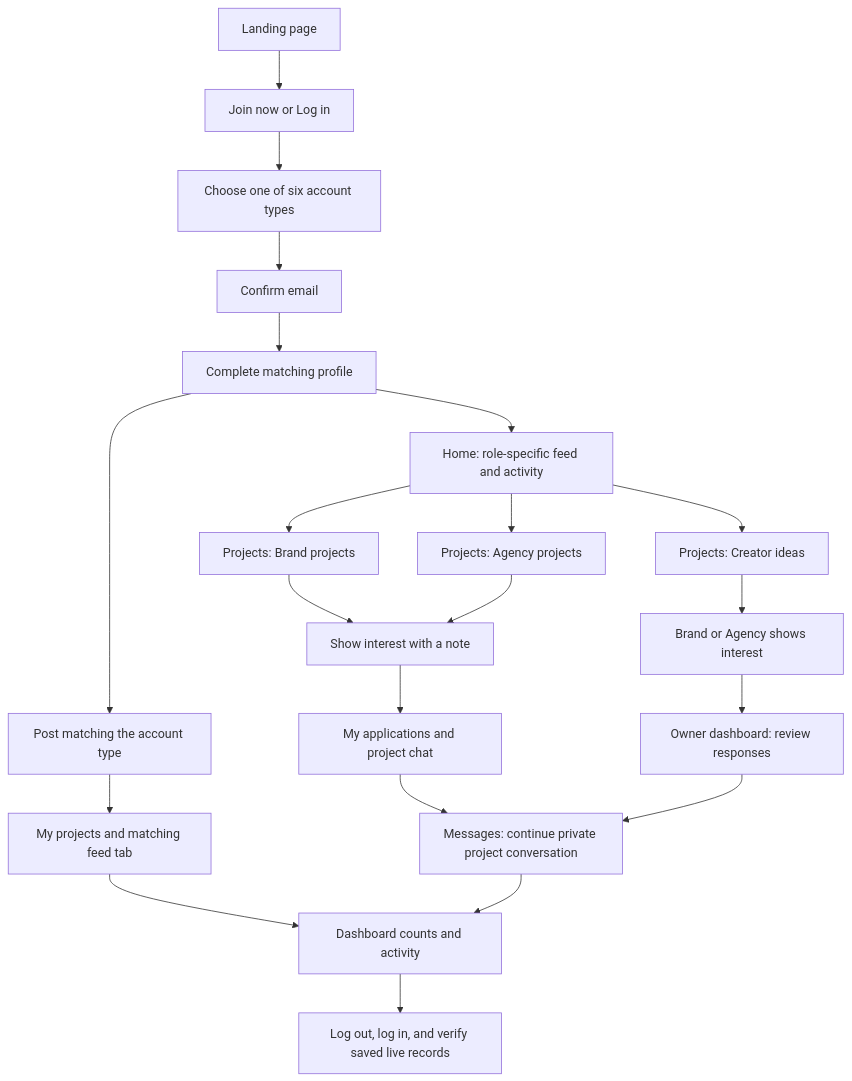
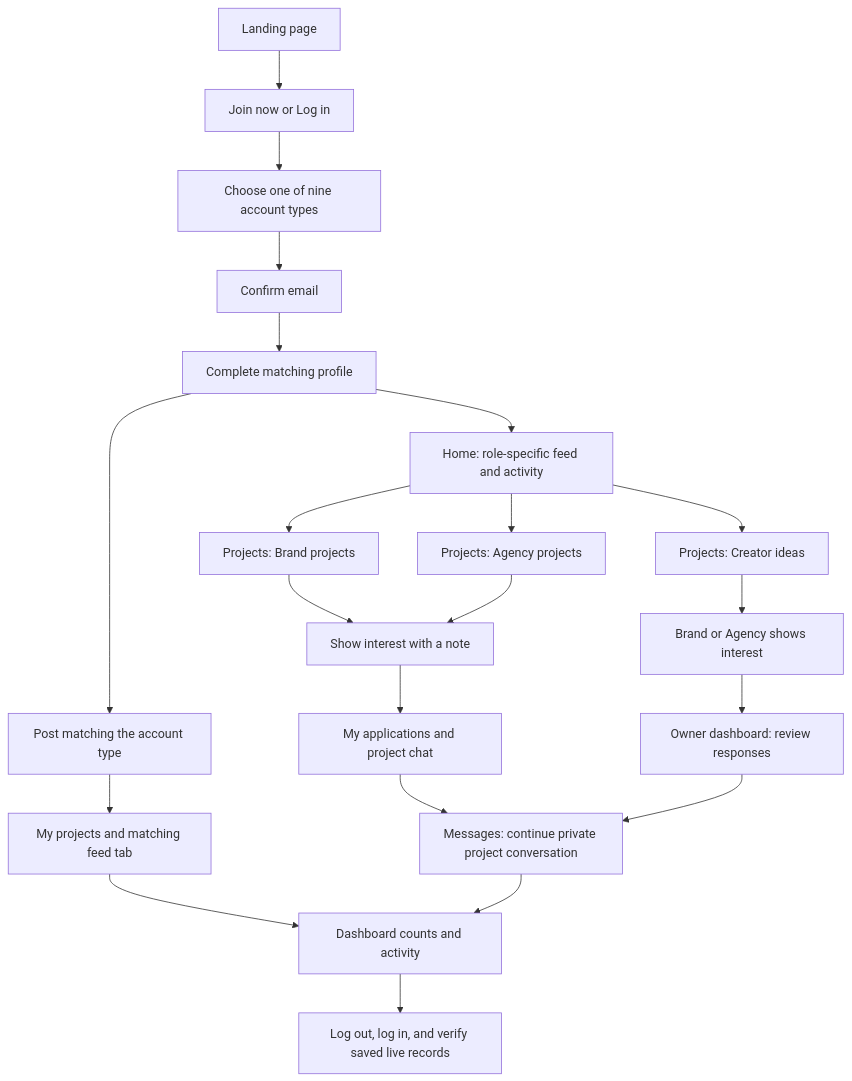
One commit to Ratanbharati/BrandMediaCollab changed the diagram in USER-JOURNEYS.md. Above: the diagram before and after it, drawn with Mermaid. The commit also changed other lines of this file and 6 other files, not shown here.

````diff
--- a/USER-JOURNEYS.md
+++ b/USER-JOURNEYS.md
@@ -5,23 +5,23 @@
 ```mermaid
 flowchart TD
     A[Landing page] --> B[Join now or Log in]
-    B --> C[Choose one of six account types]
+    B --> C[Choose one of nine account types]
     C --> D[Confirm email]
     D --> E[Complete matching profile]
     E --> F[Home: role-specific feed and activity]
     F --> G[Projects: Brand projects]
     F --> H[Projects: Creator ideas]
     F --> I[Projects: Agency projects]
     G --> J[Show interest with a note]
     I --> J
     H --> K[Brand or Agency shows interest]
     J --> L[My applications and project chat]
     K --> M[Owner dashboard: review responses]
     L --> N[Messages: continue private project conversation]
     M --> N
     E --> O[Post matching the account type]
     O --> P[My projects and matching feed tab]
     P --> Q[Dashboard counts and activity]
     N --> Q
     Q --> R[Log out, log in, and verify saved live records]
 ```
````
